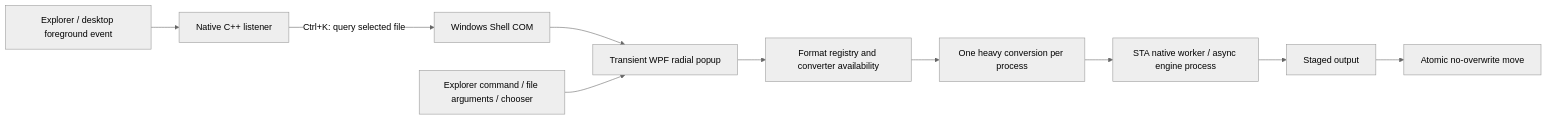
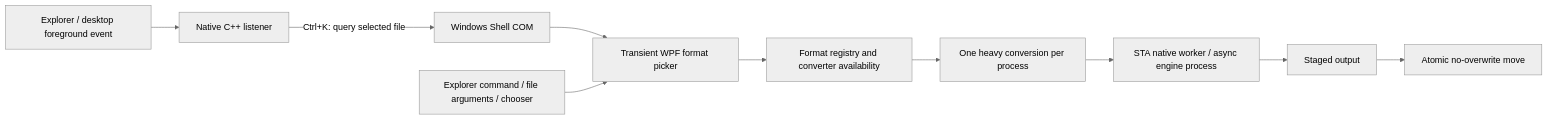
One commit to shardapps/Konvert-any changed the diagram in docs/ARCHITECTURE.md. Above: the diagram before and after it, drawn with Mermaid (neutral theme). The commit also changed other lines of this file and 38 other files, not shown here.

````diff
--- a/docs/ARCHITECTURE.md
+++ b/docs/ARCHITECTURE.md
@@ -5,12 +5,12 @@
 ```mermaid
 flowchart LR
     A[Explorer / desktop foreground event] --> B[Native C++ listener]
     B -->|Ctrl+K: query selected file| C[Windows Shell COM]
-    C --> D[Transient WPF radial popup]
+    C --> D[Transient WPF format picker]
     E[Explorer command / file arguments / chooser] --> D
     D --> F[Format registry and converter availability]
     F --> G[One heavy conversion per process]
     G --> H[STA native worker / async engine process]
     H --> I[Staged output]
     I --> J[Atomic no-overwrite move]
 ```
````
